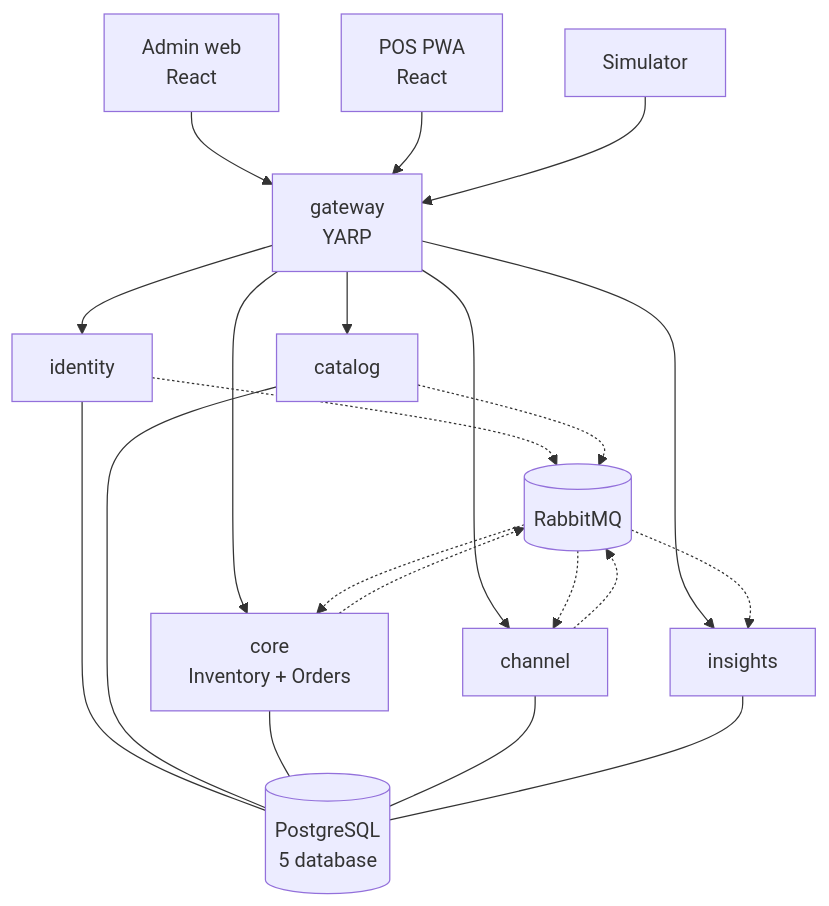
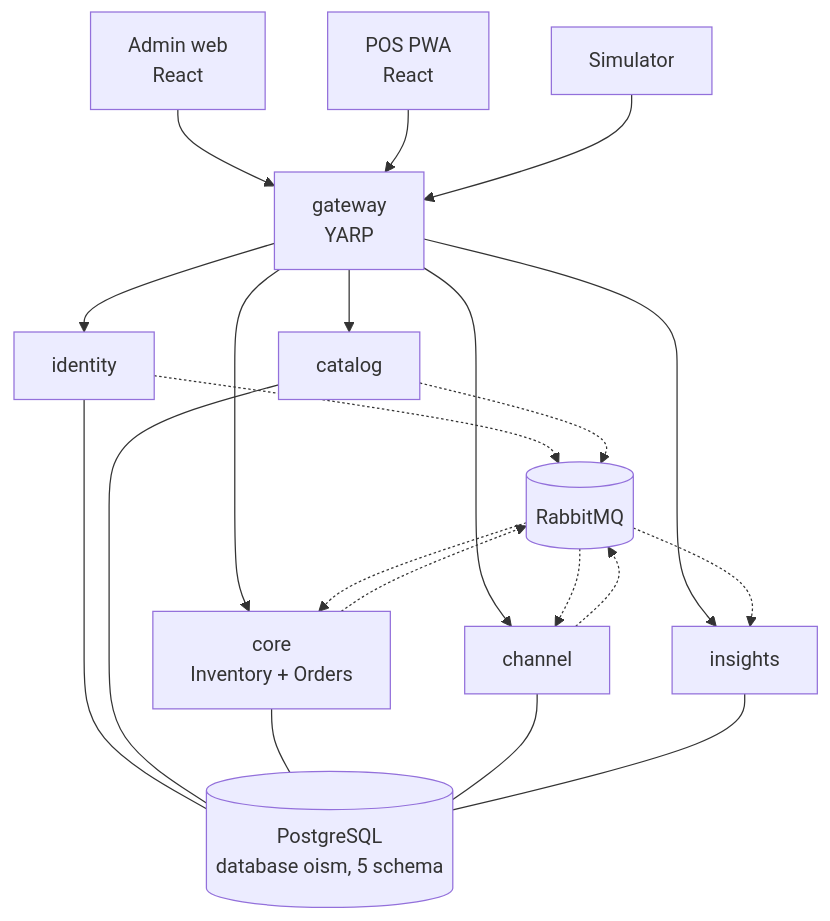
The second of 2 diagrams in docs/architecture/context-and-containers.md (kapfm789/XDPMOOP), drawn with Mermaid before and after one commit. The commit also changed other lines of this file and 38 other files, not shown here.

First line of the commit message:
Chuyển sang 1 DB, tách schema theo service

````diff
--- a/docs/architecture/context-and-containers.md
+++ b/docs/architecture/context-and-containers.md
@@ -35,35 +35,35 @@
 ```mermaid
 flowchart TB
   admin["Admin web<br/>React"]
   pos["POS PWA<br/>React"]
   sim["Simulator"]
   gw["gateway<br/>YARP"]
   identity["identity"]
   catalog["catalog"]
   core["core<br/>Inventory + Orders"]
   channel["channel"]
   insights["insights"]
   mq[("RabbitMQ")]
-  pg[("PostgreSQL<br/>5 database")]
+  pg[("PostgreSQL<br/>database oism, 5 schema")]
 
   admin --> gw
   pos --> gw
   sim --> gw
   gw --> identity
   gw --> catalog
   gw --> core
   gw --> channel
   gw --> insights
   identity -.-> mq
   catalog -.-> mq
   channel -.-> mq
   core -.-> mq
   mq -.-> core
   mq -.-> channel
   mq -.-> insights
   identity --- pg
   catalog --- pg
   core --- pg
   channel --- pg
   insights --- pg
 ```
````
